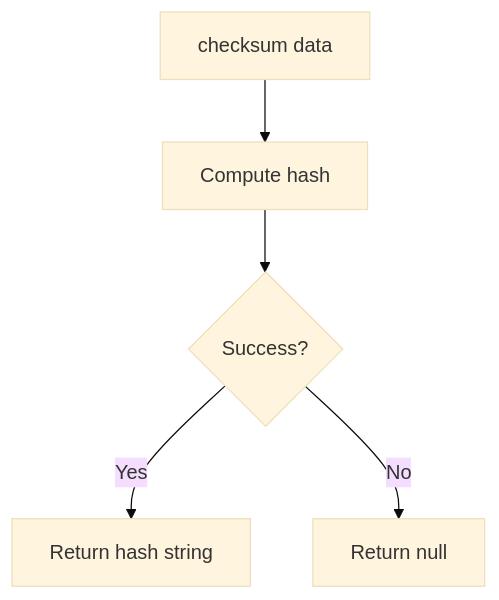
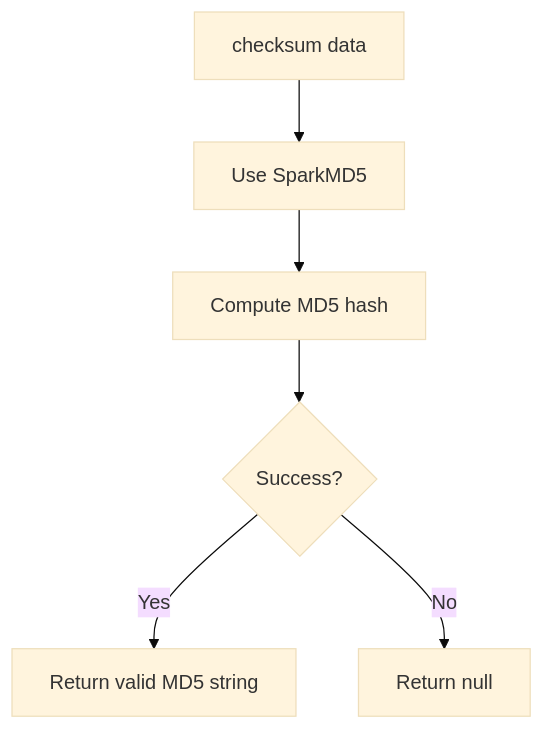
Diagram 11 of 16 in openspec/specs/opfs-cloud-file/spec.md (gjchentw/opfs-cloud-file), drawn with Mermaid (base theme) before and after one commit. The commit also changed other lines of this file and 29 other files, not shown here.

````diff
--- a/openspec/specs/opfs-cloud-file/spec.md
+++ b/openspec/specs/opfs-cloud-file/spec.md
@@ -573,7 +595,8 @@
 ```mermaid
 flowchart TD
-    A[checksum data] --> B[Compute hash]
-    B --> C{Success?}
-    C -->|Yes| D[Return hash string]
-    C -->|No| E[Return null]
+    A[checksum data] --> B[Use SparkMD5]
+    B --> C[Compute MD5 hash]
+    C --> D{Success?}
+    D -->|Yes| E[Return valid MD5 string]
+    D -->|No| F[Return null]
 ```
````
